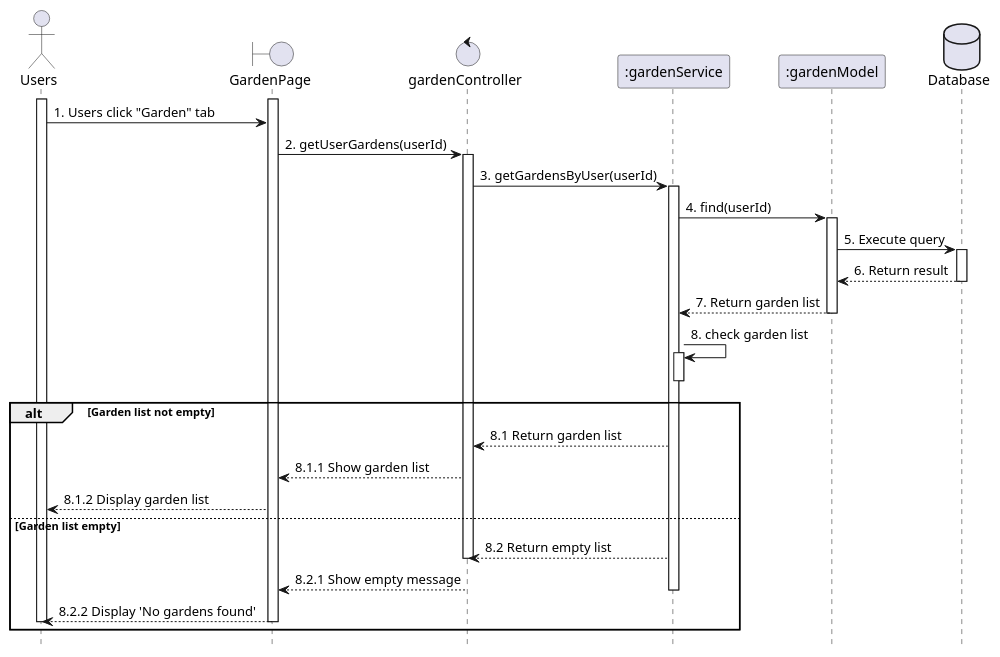
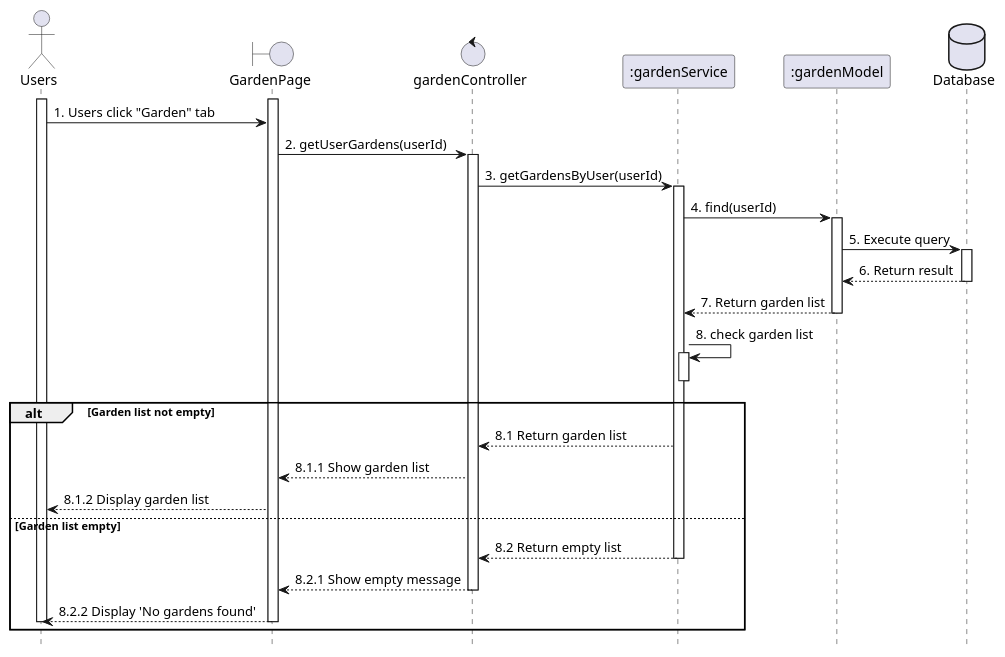
One commit to VietDurian/VietDurian changed the diagram in planuml/web/142_viewGardenList.puml. Above: the diagram before and after it, drawn with PlantUML. The commit also changed other lines of this file and 23 other files, not shown here.

Commit message:
sequence

```diff
--- a/planuml/web/142_viewGardenList.puml
+++ b/planuml/web/142_viewGardenList.puml
@@ -1,46 +1,46 @@
 @startuml 142_viewGardenList
 skinparam shadowing false
 skinparam sequenceArrowThickness 1
 hide footbox
 
 actor Farmer as "Users"
 boundary GardenPage as UI 
 control gardenController as Controller 
 participant ":gardenService" as Service 
 participant ":gardenModel" as Model 
 database Database as DB 
 
 activate Farmer
 activate UI
 Farmer -> UI : 1. Users click "Garden" tab
 
 UI -> Controller : 2. getUserGardens(userId)
 activate Controller
 
 Controller -> Service : 3. getGardensByUser(userId)
 activate Service
 Service -> Model : 4. find(userId)
 activate Model
 Model -> DB : 5. Execute query
 activate DB
 DB --> Model : 6. Return result
 deactivate DB
 Model --> Service : 7. Return garden list
 deactivate Model
     Service -> Service : 8. check garden list
 activate Service
 deactivate Service
 alt Garden list not empty
     Service --> Controller : 8.1 Return garden list
     Controller --> UI : 8.1.1 Show garden list
     UI --> Farmer : 8.1.2 Display garden list
 else Garden list empty
     Service --> Controller : 8.2 Return empty list
+    deactivate Service
+    Controller --> UI : 8.2.1 Show empty message
     deactivate Controller
-    Controller --> UI : 8.2.1 Show empty message
-    deactivate Service
     UI --> Farmer : 8.2.2 Display 'No gardens found'
     deactivate UI
     deactivate Farmer
 end
 @enduml
```
